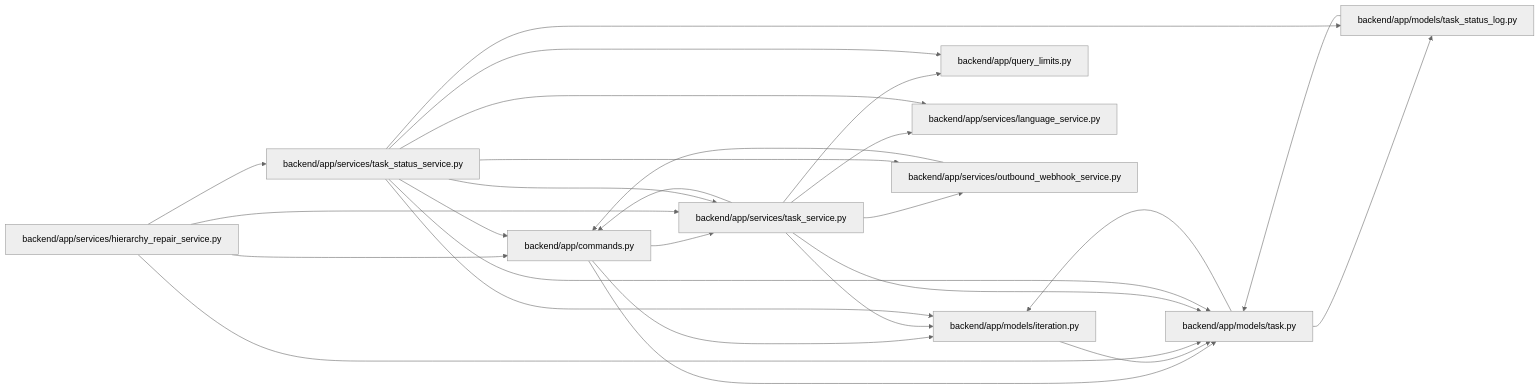
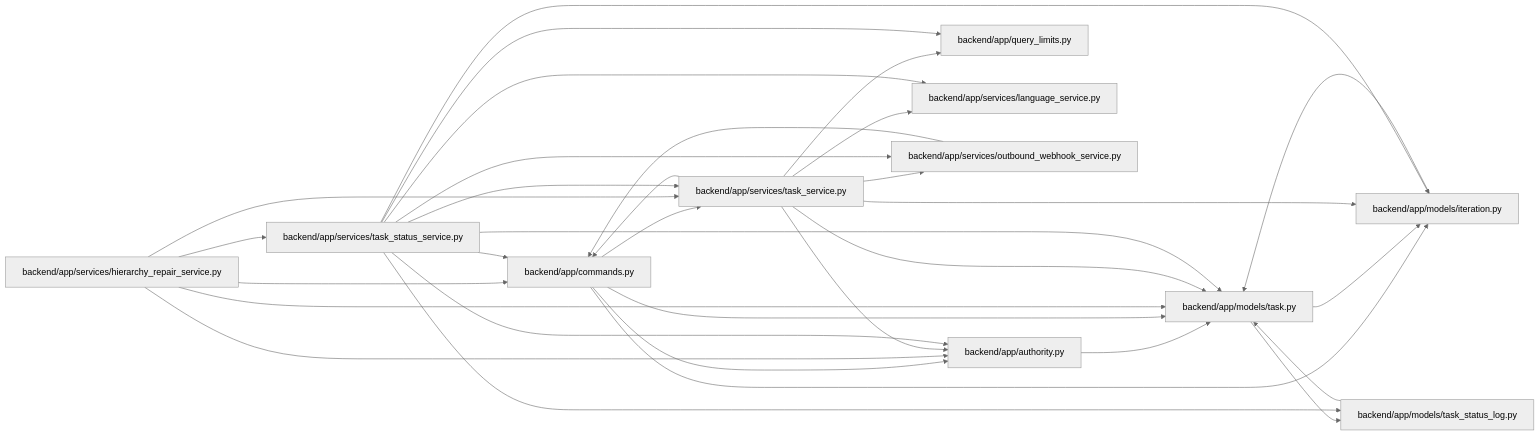
The diagram in docs/llm_wiki/modules/task_status_service.md (Denissvgn/WorkChord), drawn with Mermaid (neutral theme) before and after one commit. The commit also changed other lines of this file and 1238 other files, not shown here.

First line of the commit message:
docs(wiki): publish compact canonical domain architecture

````diff
--- a/docs/llm_wiki/modules/task_status_service.md
+++ b/docs/llm_wiki/modules/task_status_service.md
@@ -33,49 +36,56 @@
 ```mermaid
 flowchart LR
-    n0["backend/app/commands.py"]
-    n1["backend/app/models/iteration.py"]
-    n2["backend/app/models/task.py"]
-    n3["backend/app/models/task_status_log.py"]
-    n4["backend/app/query_limits.py"]
-    n5["backend/app/services/hierarchy_repair_service.py"]
-    n6["backend/app/services/language_service.py"]
-    n7["backend/app/services/outbound_webhook_service.py"]
-    n8["backend/app/services/task_service.py"]
-    n9["backend/app/services/task_status_service.py"]
-    n0 --> n1
-    n0 --> n2
-    n0 --> n8
+    n0["backend/app/authority.py"]
+    n1["backend/app/commands.py"]
+    n2["backend/app/models/iteration.py"]
+    n3["backend/app/models/task.py"]
+    n4["backend/app/models/task_status_log.py"]
+    n5["backend/app/query_limits.py"]
+    n6["backend/app/services/hierarchy_repair_service.py"]
+    n7["backend/app/services/language_service.py"]
+    n8["backend/app/services/outbound_webhook_service.py"]
+    n9["backend/app/services/task_service.py"]
+    n10["backend/app/services/task_status_service.py"]
+    n0 --> n3
+    n1 --> n0
     n1 --> n2
-    n2 --> n1
+    n1 --> n3
+    n1 --> n9
     n2 --> n3
     n3 --> n2
-    n5 --> n0
-    n5 --> n2
-    n5 --> n8
-    n5 --> n9
-    n7 --> n0
-    n8 --> n0
+    n3 --> n4
+    n4 --> n3
+    n6 --> n0
+    n6 --> n1
+    n6 --> n3
+    n6 --> n9
+    n6 --> n10
     n8 --> n1
-    n8 --> n2
-    n8 --> n4
-    n8 --> n6
-    n8 --> n7
     n9 --> n0
     n9 --> n1
     n9 --> n2
     n9 --> n3
-    n9 --> n4
-    n9 --> n6
+    n9 --> n5
     n9 --> n7
     n9 --> n8
-    click n0 "../modules/commands.md"
-    click n1 "../modules/models_iteration.md"
-    click n2 "../modules/models_task.md"
-    click n3 "../modules/task_status_log.md"
-    click n4 "../modules/query_limits.md"
-    click n5 "../modules/hierarchy_repair_service.md"
-    click n6 "../modules/language_service.md"
-    click n7 "../modules/outbound_webhook_service.md"
-    click n8 "../modules/task_service.md"
-    click n9 "../modules/task_status_service.md"
+    n10 --> n0
+    n10 --> n1
+    n10 --> n2
+    n10 --> n3
+    n10 --> n4
+    n10 --> n5
+    n10 --> n7
+    n10 --> n8
+    n10 --> n9
+    click n0 "../modules/authority.md"
+    click n1 "../modules/commands.md"
+    click n2 "../modules/models_iteration.md"
+    click n3 "../modules/models_task.md"
+    click n4 "../modules/task_status_log.md"
+    click n5 "../modules/query_limits.md"
+    click n6 "../modules/hierarchy_repair_service.md"
+    click n7 "../modules/language_service.md"
+    click n8 "../modules/outbound_webhook_service.md"
+    click n9 "../modules/task_service.md"
+    click n10 "../modules/task_status_service.md"
 ```
````
